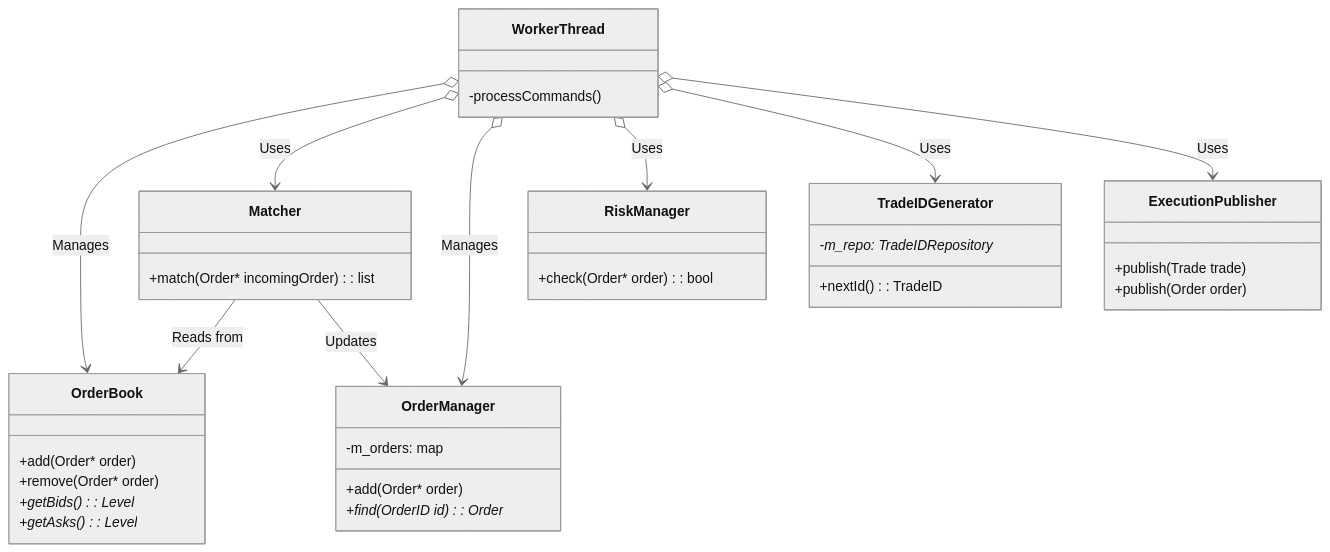
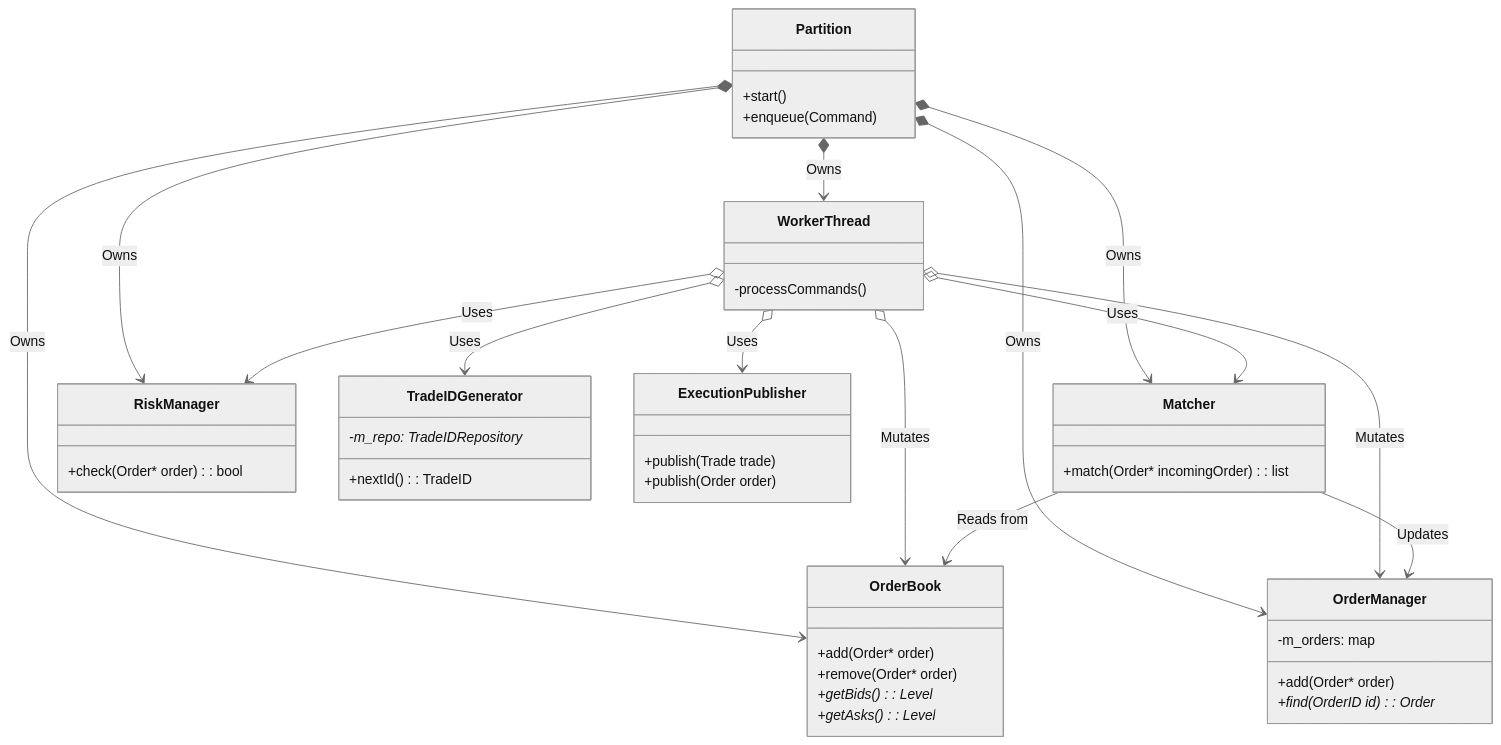
Before and after one commit to SujalChoudhari/BetaTrader: the second of 2 diagrams in core/trading_core/TSD.md, drawn with Mermaid (neutral theme).

Commit message:
docs: Fix Partition vs WorkerThread hierarchy in TSD class diagram

````diff
--- a/core/trading_core/TSD.md
+++ b/core/trading_core/TSD.md
@@ -34,47 +34,58 @@
 ```mermaid
 classDiagram
+    class Partition {
+        +start()
+        +enqueue(Command)
+    }
+
     class WorkerThread {
         -processCommands()
     }
 
     class OrderBook {
         +add(Order* order)
         +remove(Order* order)
         +getBids(): Level*
         +getAsks(): Level*
     }
 
     class Matcher {
         +match(Order* incomingOrder): list<Trade>
     }
 
     class OrderManager {
         +add(Order* order)
         +find(OrderID id): Order*
         -m_orders: map<OrderID, Order*>
     }
 
     class RiskManager {
         +check(Order* order): bool
     }
 
     class TradeIDGenerator {
         +nextId(): TradeID
         -m_repo: TradeIDRepository*
     }
 
     class ExecutionPublisher {
         +publish(Trade trade)
         +publish(Order order)
     }
 
-    WorkerThread o--> OrderBook : Manages
+    Partition *--> WorkerThread : Owns
+    Partition *--> OrderBook : Owns
+    Partition *--> Matcher : Owns
+    Partition *--> OrderManager : Owns
+    Partition *--> RiskManager : Owns
+
+    WorkerThread o--> OrderBook : Mutates
     WorkerThread o--> Matcher : Uses
-    WorkerThread o--> OrderManager : Manages
+    WorkerThread o--> OrderManager : Mutates
     WorkerThread o--> RiskManager : Uses
     WorkerThread o--> TradeIDGenerator : Uses
     WorkerThread o--> ExecutionPublisher : Uses
 
     Matcher --> OrderBook : Reads from
     Matcher --> OrderManager : Updates
 ```
````
